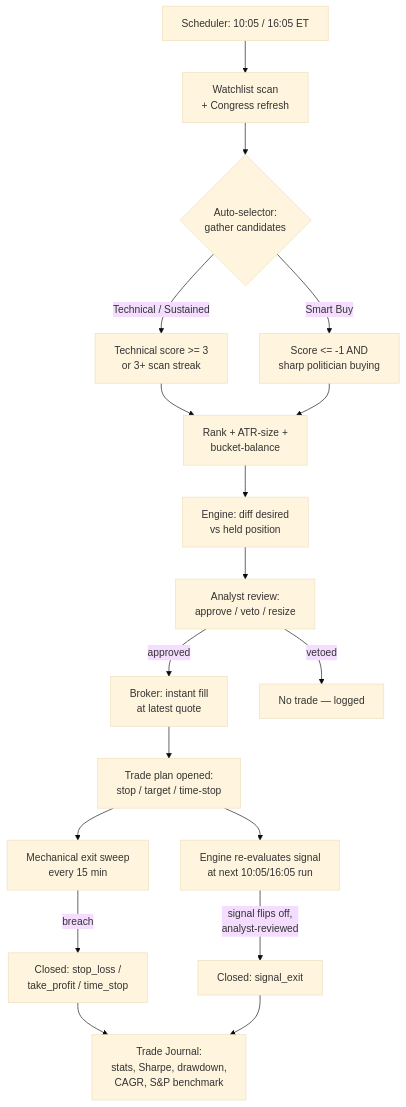
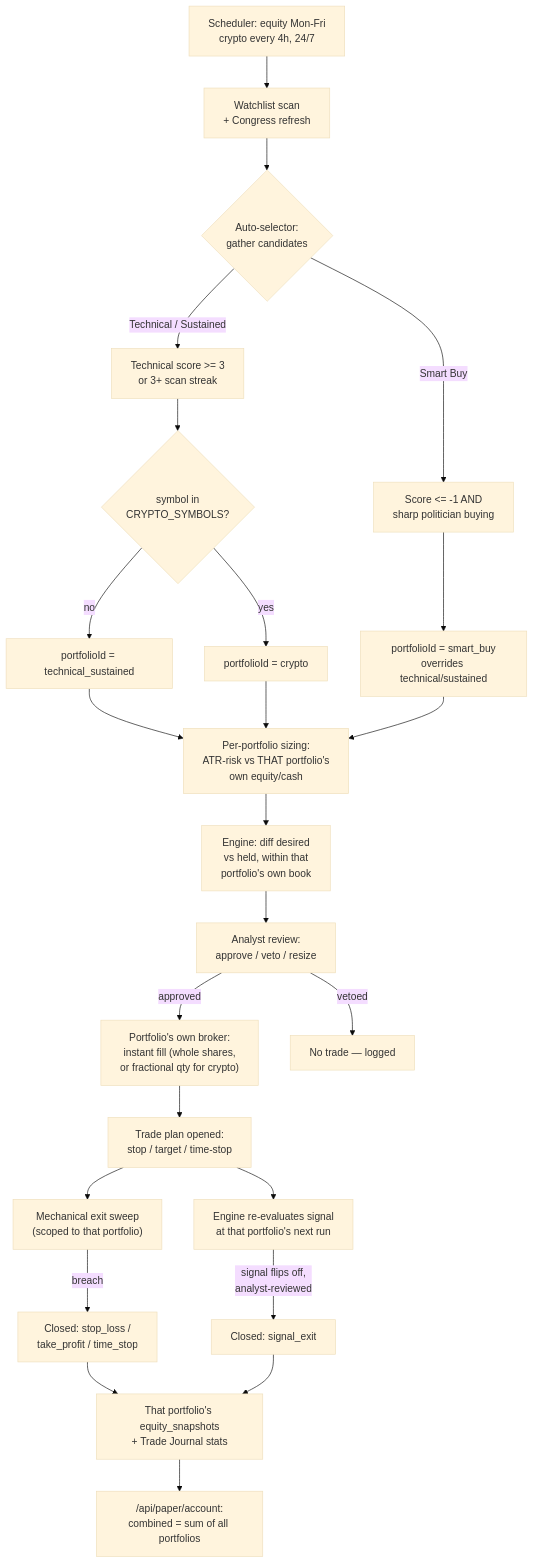
The first of 5 diagrams in STRATEGY_SPEC.md (willcrain1/Trading-platform), drawn with Mermaid (base theme) before and after one commit. The commit also changed other lines of this file, not shown here.

First line of the commit message:
Update architecture spec for the multi-portfolio + crypto model

````diff
--- a/STRATEGY_SPEC.md
+++ b/STRATEGY_SPEC.md
@@ -29,20 +29,26 @@
 ```mermaid
 flowchart TD
-    A[Scheduler: 10:05 / 16:05 ET] --> B[Watchlist scan\n+ Congress refresh]
+    A[Scheduler: equity Mon-Fri\ncrypto every 4h, 24/7] --> B[Watchlist scan\n+ Congress refresh]
     B --> C{Auto-selector:\ngather candidates}
     C -->|Technical / Sustained| D[Technical score >= 3\nor 3+ scan streak]
     C -->|Smart Buy| E[Score <= -1 AND\nsharp politician buying]
-    D --> F[Rank + ATR-size +\nbucket-balance]
-    E --> F
-    F --> G[Engine: diff desired\nvs held position]
-    G --> H[Analyst review:\napprove / veto / resize]
-    H -->|approved| I[Broker: instant fill\nat latest quote]
-    H -->|vetoed| Z[No trade — logged]
-    I --> J[Trade plan opened:\nstop / target / time-stop]
-    J --> K[Mechanical exit sweep\nevery 15 min]
-    J --> L[Engine re-evaluates signal\nat next 10:05/16:05 run]
-    K -->|breach| M[Closed: stop_loss /\ntake_profit / time_stop]
-    L -->|signal flips off,\nanalyst-reviewed| N[Closed: signal_exit]
-    M --> O[Trade Journal:\nstats, Sharpe, drawdown,\nCAGR, S&P benchmark]
-    N --> O
+    D --> R{symbol in\nCRYPTO_SYMBOLS?}
+    R -->|yes| F2[portfolioId = crypto]
+    R -->|no| F1[portfolioId = technical_sustained]
+    E --> F3[portfolioId = smart_buy\noverrides technical/sustained]
+    F1 --> G[Per-portfolio sizing:\nATR-risk vs THAT portfolio's\nown equity/cash]
+    F2 --> G
+    F3 --> G
+    G --> H[Engine: diff desired\nvs held, within that\nportfolio's own book]
+    H --> I[Analyst review:\napprove / veto / resize]
+    I -->|approved| J["Portfolio's own broker:\ninstant fill (whole shares,\nor fractional qty for crypto)"]
+    I -->|vetoed| Z[No trade — logged]
+    J --> K[Trade plan opened:\nstop / target / time-stop]
+    K --> L["Mechanical exit sweep\n(scoped to that portfolio)"]
+    K --> M[Engine re-evaluates signal\nat that portfolio's next run]
+    L -->|breach| N[Closed: stop_loss /\ntake_profit / time_stop]
+    M -->|signal flips off,\nanalyst-reviewed| O[Closed: signal_exit]
+    N --> P["That portfolio's equity_snapshots\n+ Trade Journal stats"]
+    O --> P
+    P --> Q["/api/paper/account:\ncombined = sum of all portfolios"]
 ```
````
